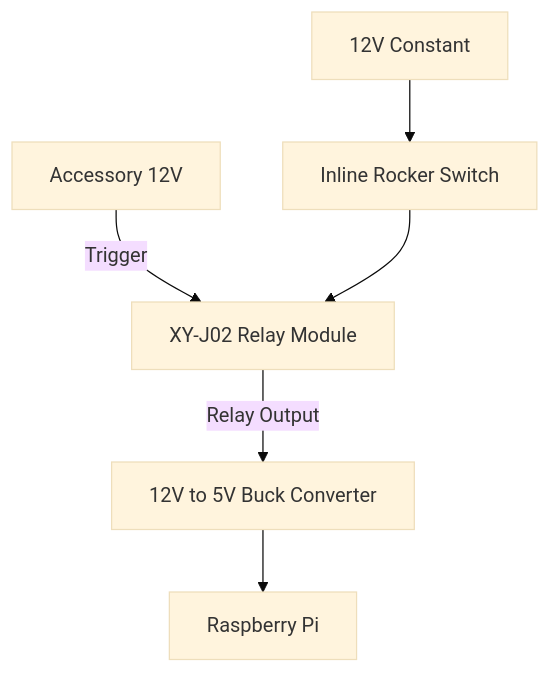
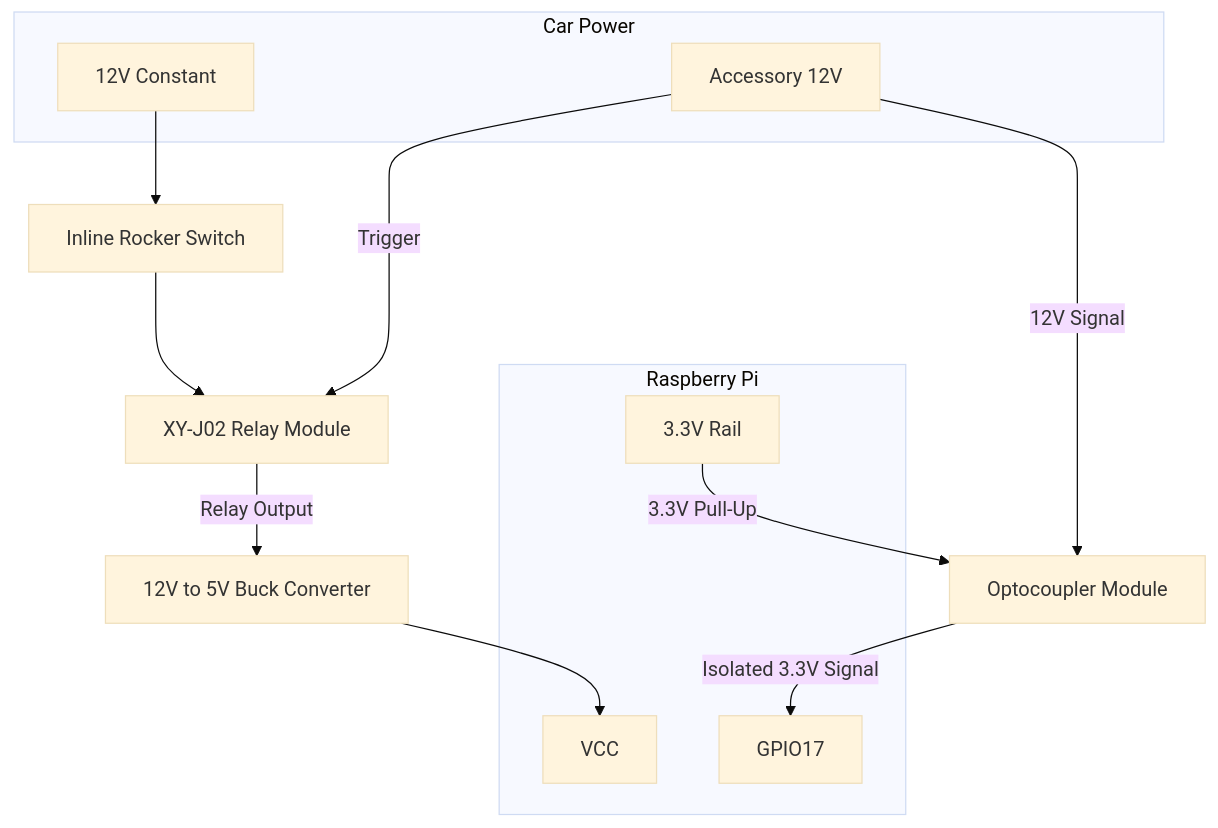
One commit to joshua-p-williams/DashForge changed the first of 2 diagrams in docs/wiring/power.md. Above: the diagram before and after it, drawn with Mermaid (base theme). The commit also changed other lines of this file and 1 other file, not shown here.

Commit message:
Working through the 12V accessory and how to monitor it using an opt-coupler

````diff
--- a/docs/wiring/power.md
+++ b/docs/wiring/power.md
@@ -21,8 +21,24 @@
 ```mermaid
 graph TD
     ACC[Accessory 12V] -->|Trigger| XYJ02[XY-J02 Relay Module]
     Constant[12V Constant] --> Kill[Inline Rocker Switch]
     Kill --> XYJ02
     XYJ02 -->|Relay Output| Buck[12V to 5V Buck Converter]
-    Buck --> Pi[Raspberry Pi]
+    Buck --> PiVCC[VCC]
+
+    ACC -->|12V Signal| Opto[Optocoupler Module]
+
+    Pi33[3.3V Rail] -->|3.3V Pull-Up| Opto
+    Opto -->|Isolated 3.3V Signal| GPIO17[GPIO17]
+
+    subgraph Raspberry Pi
+        PiVCC
+        GPIO17
+        Pi33
+    end
+
+    subgraph Car Power
+        ACC
+        Constant
+    end
 ```
````
